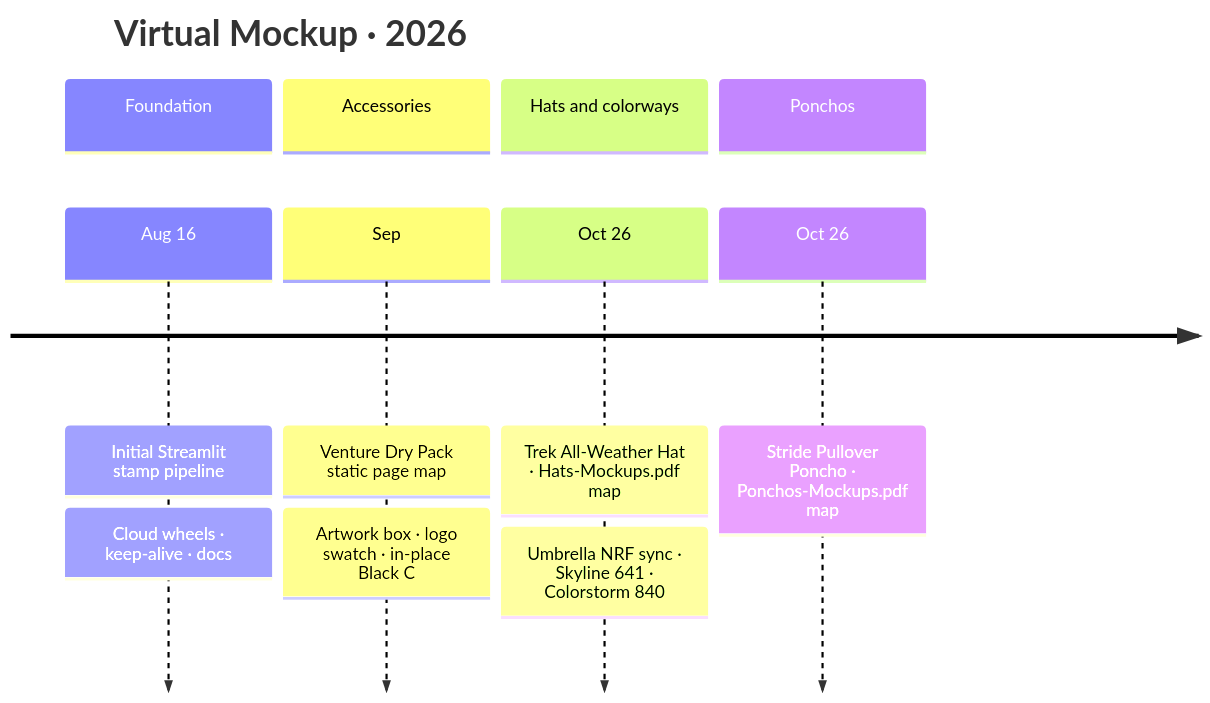
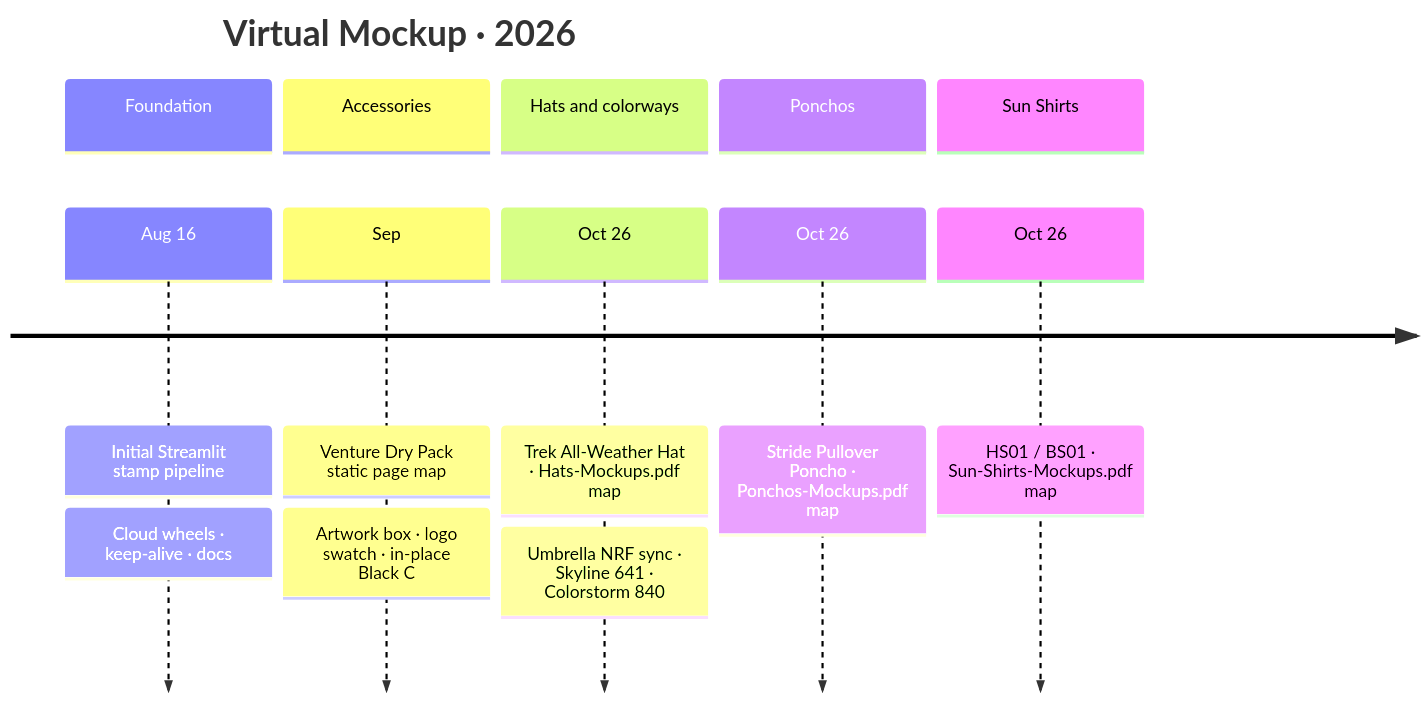
One commit to WeathermanInc/virtual-mockup changed the fourth of 4 diagrams in README.md. Above: the diagram before and after it, drawn with Mermaid. The commit also changed other lines of this file and 9 other files, not shown here.

First line of the commit message:
Add Sun Shirt HS01/BS01 static page map and Paula stamp pipeline (stamp 113).

````diff
--- a/README.md
+++ b/README.md
@@ -219,15 +226,17 @@
 ```mermaid
 timeline
   title Virtual Mockup · 2026
   section Foundation
     Aug 16 : Initial Streamlit stamp pipeline
            : Cloud wheels · keep-alive · docs
   section Accessories
     Sep : Venture Dry Pack static page map
         : Artwork box · logo swatch · in-place Black C
   section Hats and colorways
     Oct 26 : Trek All-Weather Hat · Hats-Mockups.pdf map
            : Umbrella NRF sync · Skyline 641 · Colorstorm 840
   section Ponchos
     Oct 26 : Stride Pullover Poncho · Ponchos-Mockups.pdf map
+  section Sun Shirts
+    Oct 26 : HS01 / BS01 · Sun-Shirts-Mockups.pdf map
 ```
````
